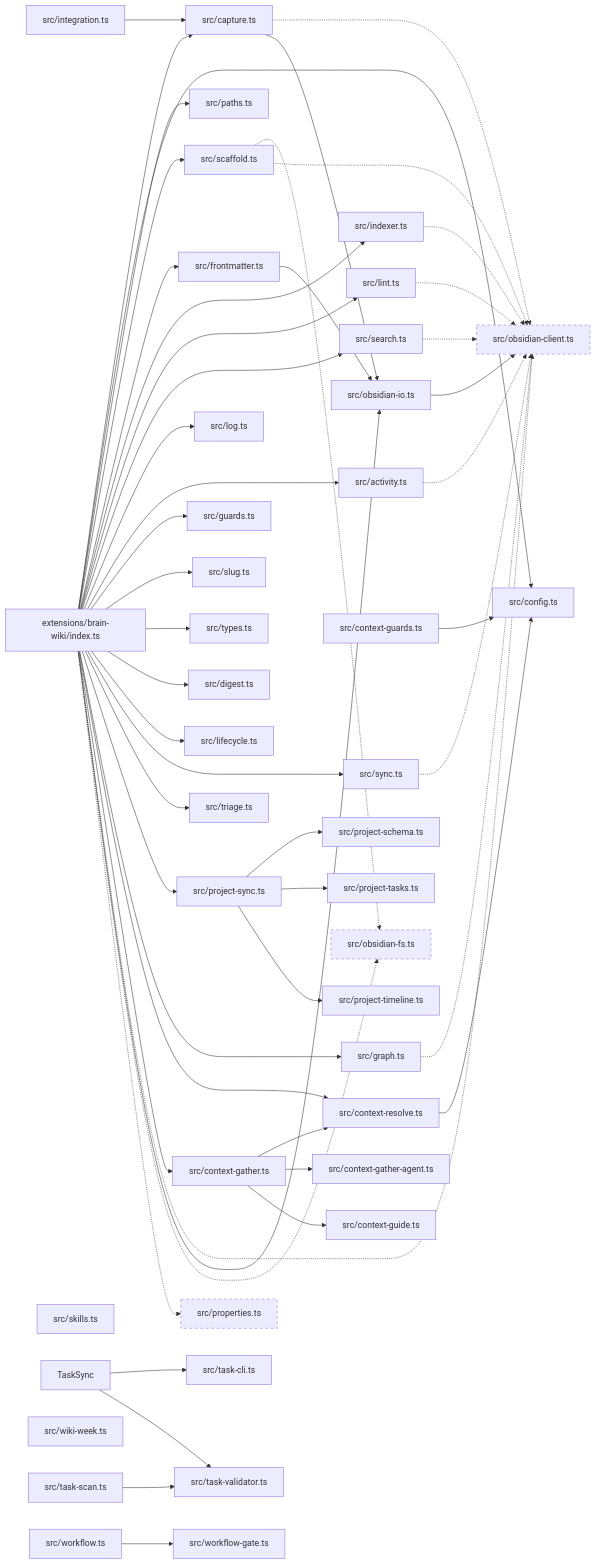
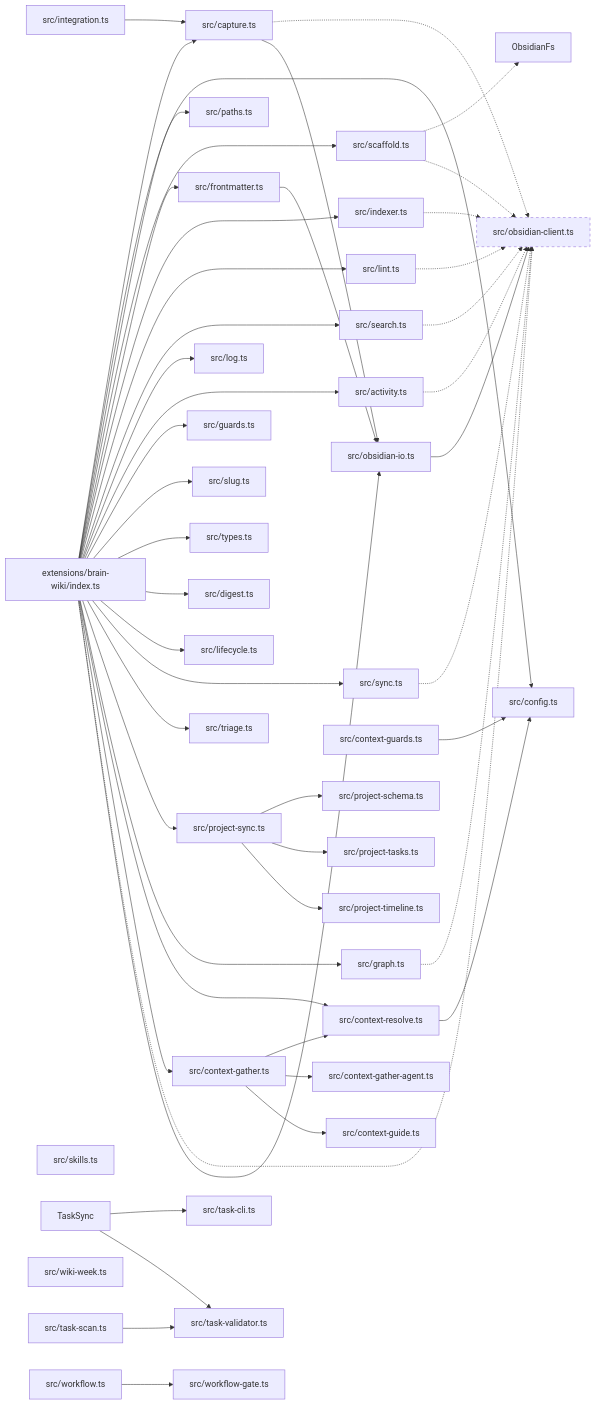
One commit to zhazhazuo/pi-brain-wiki changed the diagram in repoWiki/01_maps/module_map.md. Above: the diagram before and after it, drawn with Mermaid. The commit also changed other lines of this file and 4 other files, not shown here.

````diff
--- a/repoWiki/01_maps/module_map.md
+++ b/repoWiki/01_maps/module_map.md
@@ -77,8 +77,6 @@
   Index -.-> ObsidianClient[src/obsidian-client.ts]
   Index --> ObsidianIo
   ObsidianIo --> ObsidianClient
-  Index -.-> ObsidianFs[src/obsidian-fs.ts]
-  Index -.-> Properties[src/properties.ts]
   Capture -.-> ObsidianClient
   Capture --> ObsidianIo
   Fm --> ObsidianIo
@@ -92,5 +90,5 @@
   Graph -.-> ObsidianClient
 
   classDef new stroke-dasharray: 5 5
-  class ObsidianClient,ObsidianFs,Properties new
+  class ObsidianClient new
 ```
````
